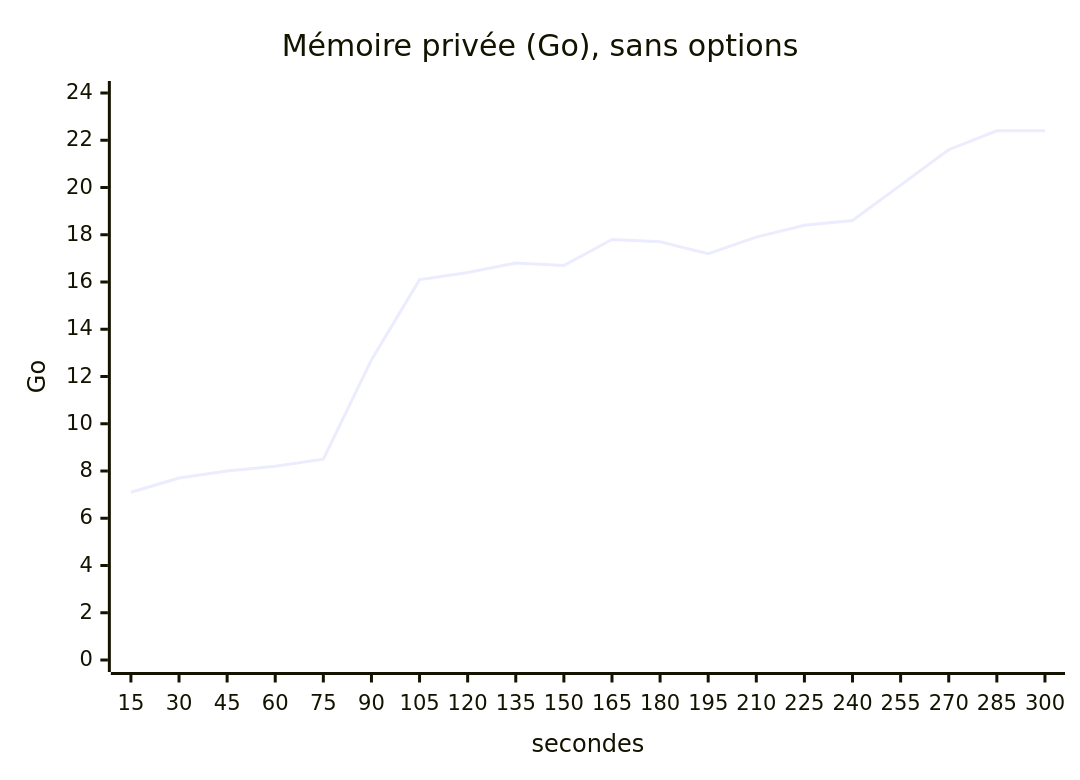
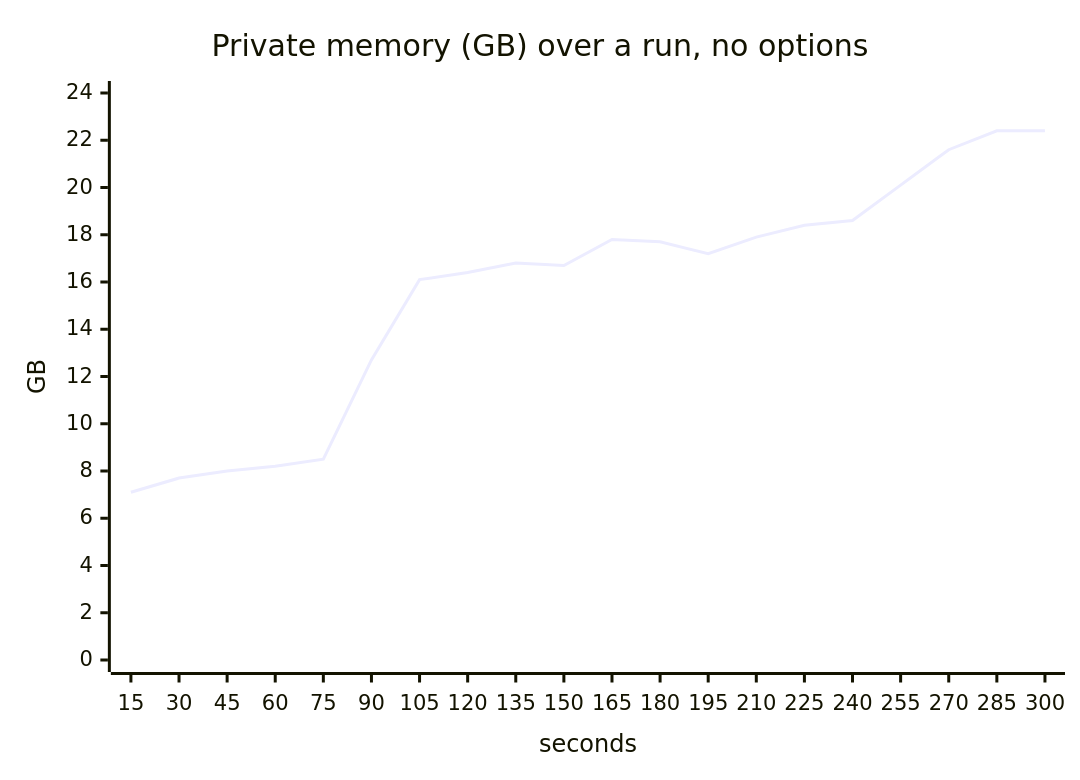
The fifth of 7 diagrams in README.md (Cyanexani/cold-project-vi), drawn with Mermaid before and after one commit. The commit also changed other lines of this file and 2 other files, not shown here.

````diff
--- a/README.md
+++ b/README.md
@@ -407,7 +266,7 @@
 ```mermaid
 xychart-beta
-    title "Mémoire privée (Go), sans options"
-    x-axis "secondes" [15, 30, 45, 60, 75, 90, 105, 120, 135, 150, 165, 180, 195, 210, 225, 240, 255, 270, 285, 300]
-    y-axis "Go" 0 --> 24
+    title "Private memory (GB) over a run, no options"
+    x-axis "seconds" [15, 30, 45, 60, 75, 90, 105, 120, 135, 150, 165, 180, 195, 210, 225, 240, 255, 270, 285, 300]
+    y-axis "GB" 0 --> 24
     line [7.1, 7.7, 8.0, 8.2, 8.5, 12.7, 16.1, 16.4, 16.8, 16.7, 17.8, 17.7, 17.2, 17.9, 18.4, 18.6, 20.1, 21.6, 22.4, 22.4]
 ```
````
